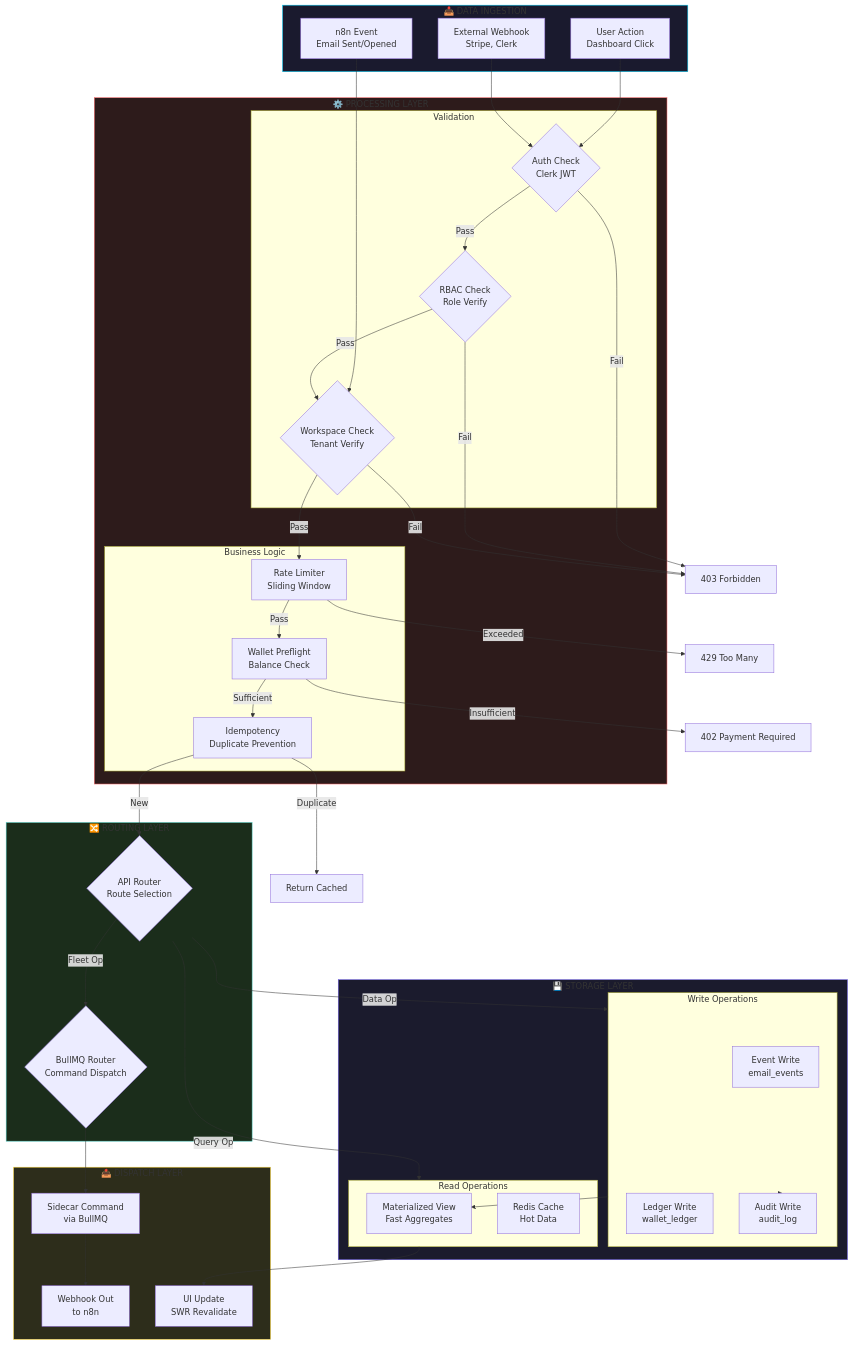
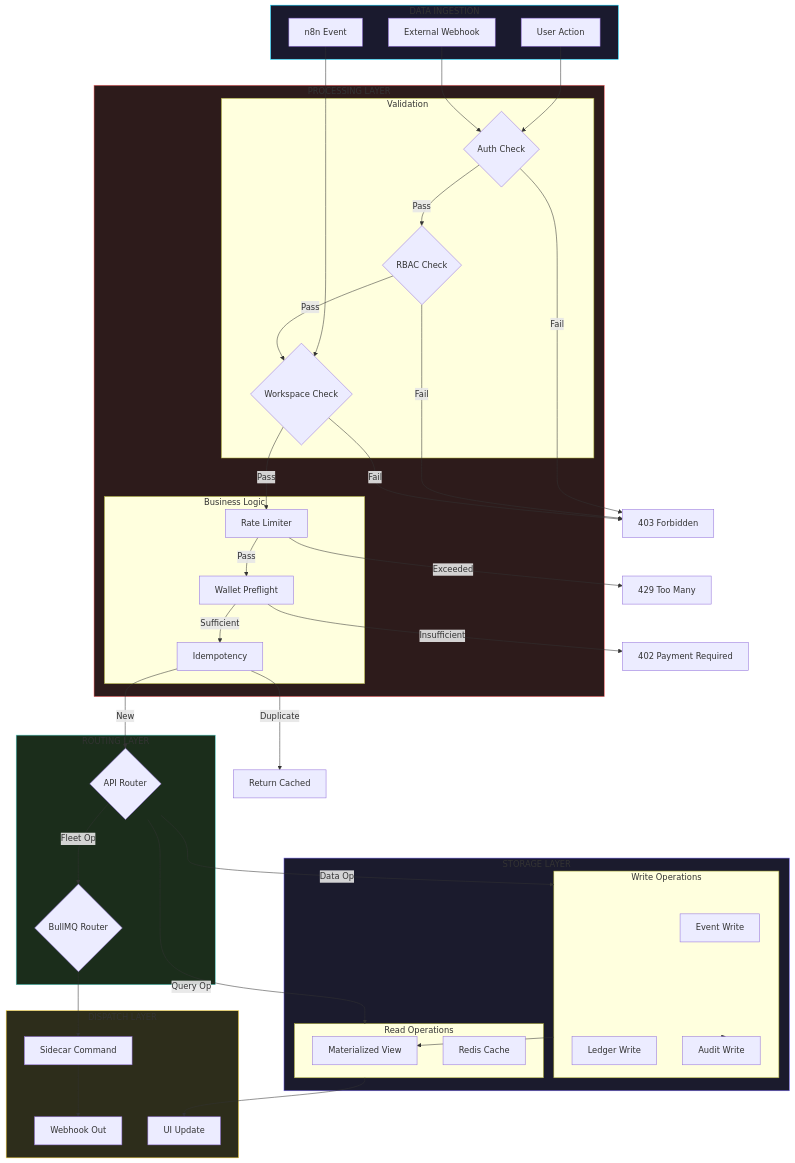
One commit to nishchith-m10/cold-email-dashboard changed the fifth of 13 diagrams in docs/plans/Genesis_Architecture.md. Above: the diagram before and after it, drawn with Mermaid. The commit also changed other lines of this file, not shown here.

First line of the commit message:
fix: Remove emojis from Mermaid.js diagrams for compatibility

````diff
--- a/docs/plans/Genesis_Architecture.md
+++ b/docs/plans/Genesis_Architecture.md
@@ -772,47 +697,47 @@
 ```mermaid
 flowchart TB
-    subgraph INPUT["📥 DATA INGESTION"]
-        USER_ACTION[User Action<br/>Dashboard Click]
-        N8N_EVENT[n8n Event<br/>Email Sent/Opened]
-        WEBHOOK_EXT[External Webhook<br/>Stripe, Clerk]
+    subgraph INPUT["DATA INGESTION"]
+        USER_ACTION[User Action]
+        N8N_EVENT[n8n Event]
+        WEBHOOK_EXT[External Webhook]
     end
 
-    subgraph PROCESSING["⚙️ PROCESSING LAYER"]
+    subgraph PROCESSING["PROCESSING LAYER"]
         subgraph Validation["Validation"]
-            AUTH_CHECK{Auth Check<br/>Clerk JWT}
-            RBAC_CHECK{RBAC Check<br/>Role Verify}
-            WORKSPACE_CHECK{Workspace Check<br/>Tenant Verify}
+            AUTH_CHECK{Auth Check}
+            RBAC_CHECK{RBAC Check}
+            WORKSPACE_CHECK{Workspace Check}
         end
         
         subgraph Business["Business Logic"]
-            RATE_LIMIT[Rate Limiter<br/>Sliding Window]
-            WALLET_CHECK[Wallet Preflight<br/>Balance Check]
-            IDEMPOTENCY[Idempotency<br/>Duplicate Prevention]
+            RATE_LIMIT[Rate Limiter]
+            WALLET_CHECK[Wallet Preflight]
+            IDEMPOTENCY[Idempotency]
         end
     end
 
-    subgraph ROUTING["🔀 ROUTING LAYER"]
-        API_ROUTER{API Router<br/>Route Selection}
-        BULLMQ_ROUTER{BullMQ Router<br/>Command Dispatch}
+    subgraph ROUTING["ROUTING LAYER"]
+        API_ROUTER{API Router}
+        BULLMQ_ROUTER{BullMQ Router}
     end
 
-    subgraph STORAGE["💾 STORAGE LAYER"]
+    subgraph STORAGE["STORAGE LAYER"]
         subgraph WriteOps["Write Operations"]
-            EVENT_WRITE[Event Write<br/>email_events]
-            LEDGER_WRITE[Ledger Write<br/>wallet_ledger]
-            AUDIT_WRITE[Audit Write<br/>audit_log]
+            EVENT_WRITE[Event Write]
+            LEDGER_WRITE[Ledger Write]
+            AUDIT_WRITE[Audit Write]
         end
         
         subgraph ReadOps["Read Operations"]
-            MV_READ[Materialized View<br/>Fast Aggregates]
-            CACHE_READ[Redis Cache<br/>Hot Data]
+            MV_READ[Materialized View]
+            CACHE_READ[Redis Cache]
         end
     end
 
-    subgraph DISPATCH["📤 DISPATCH LAYER"]
-        SIDECAR_CMD[Sidecar Command<br/>via BullMQ]
-        WEBHOOK_OUT[Webhook Out<br/>to n8n]
-        UI_UPDATE[UI Update<br/>SWR Revalidate]
+    subgraph DISPATCH["DISPATCH LAYER"]
+        SIDECAR_CMD[Sidecar Command]
+        WEBHOOK_OUT[Webhook Out]
+        UI_UPDATE[UI Update]
     end
 
     %% Flow
````
